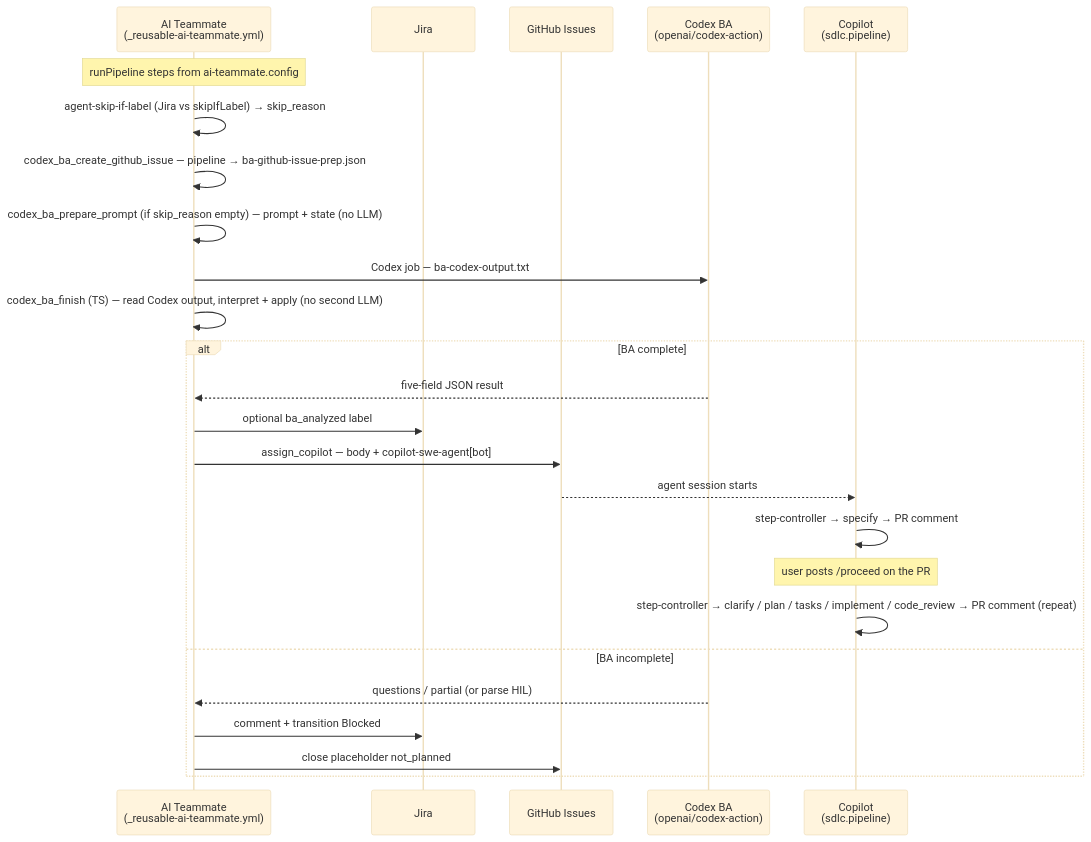
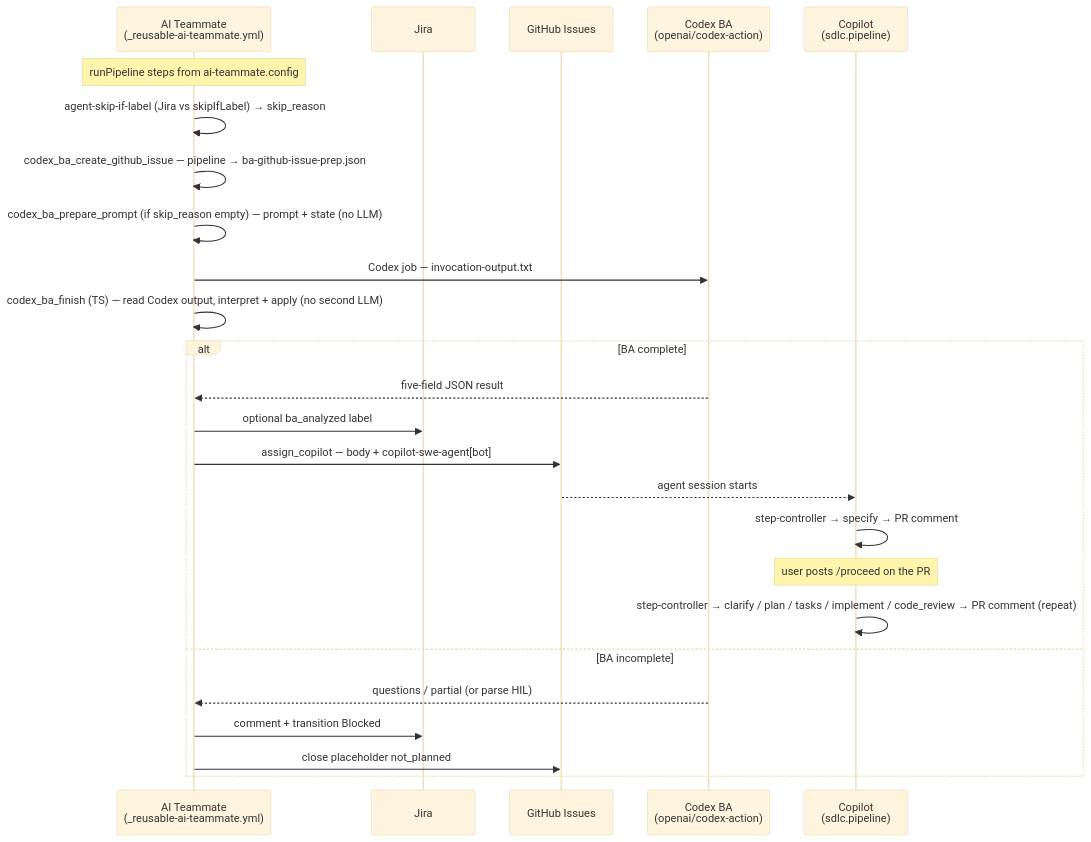
Before and after one commit to DmitryLukyanov/SDLCAgents: the first of 3 diagrams in README.md, drawn with Mermaid (base theme). The commit also changed other lines of this file and 15 other files, not shown here.

````diff
--- a/README.md
+++ b/README.md
@@ -118,29 +118,29 @@
 ```mermaid
 sequenceDiagram
     participant AT as AI Teammate<br/>(_reusable-ai-teammate.yml)
     participant J as Jira
     participant GH as GitHub Issues
     participant CX as Codex BA<br/>(openai/codex-action)
     participant COP as Copilot<br/>(sdlc.pipeline)
 
     Note over AT: runPipeline steps from ai-teammate.config
 
     AT->>AT: agent-skip-if-label (Jira vs skipIfLabel) → skip_reason
     AT->>AT: codex_ba_create_github_issue — pipeline → ba-github-issue-prep.json
     AT->>AT: codex_ba_prepare_prompt (if skip_reason empty) — prompt + state (no LLM)
-    AT->>CX: Codex job — ba-codex-output.txt
+    AT->>CX: Codex job — invocation-output.txt
     AT->>AT: codex_ba_finish (TS) — read Codex output, interpret + apply (no second LLM)
     alt BA complete
         CX-->>AT: five-field JSON result
         AT->>J: optional ba_analyzed label
         AT->>GH: assign_copilot — body + copilot-swe-agent[bot]
         GH-->>COP: agent session starts
         COP->>COP: step-controller → specify → PR comment
         Note over COP: user posts /proceed on the PR
         COP->>COP: step-controller → clarify / plan / tasks / implement / code_review → PR comment (repeat)
     else BA incomplete
         CX-->>AT: questions / partial (or parse HIL)
         AT->>J: comment + transition Blocked
         AT->>GH: close placeholder not_planned
     end
 ```
````
